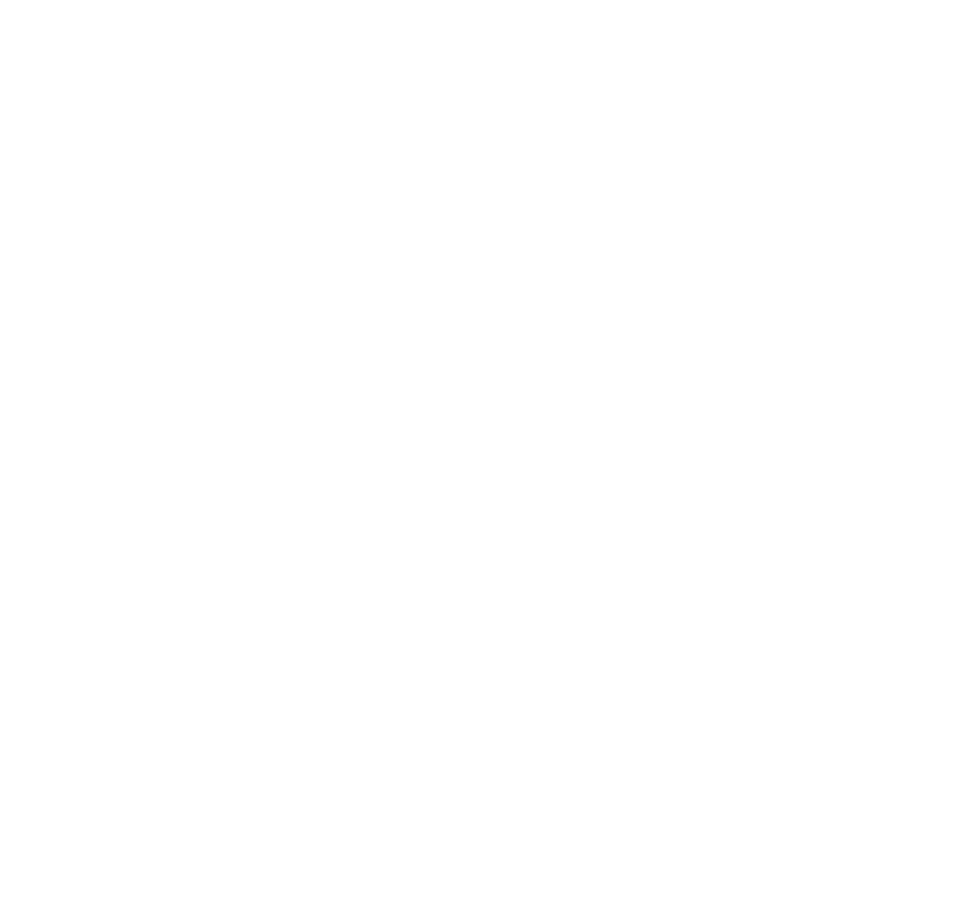
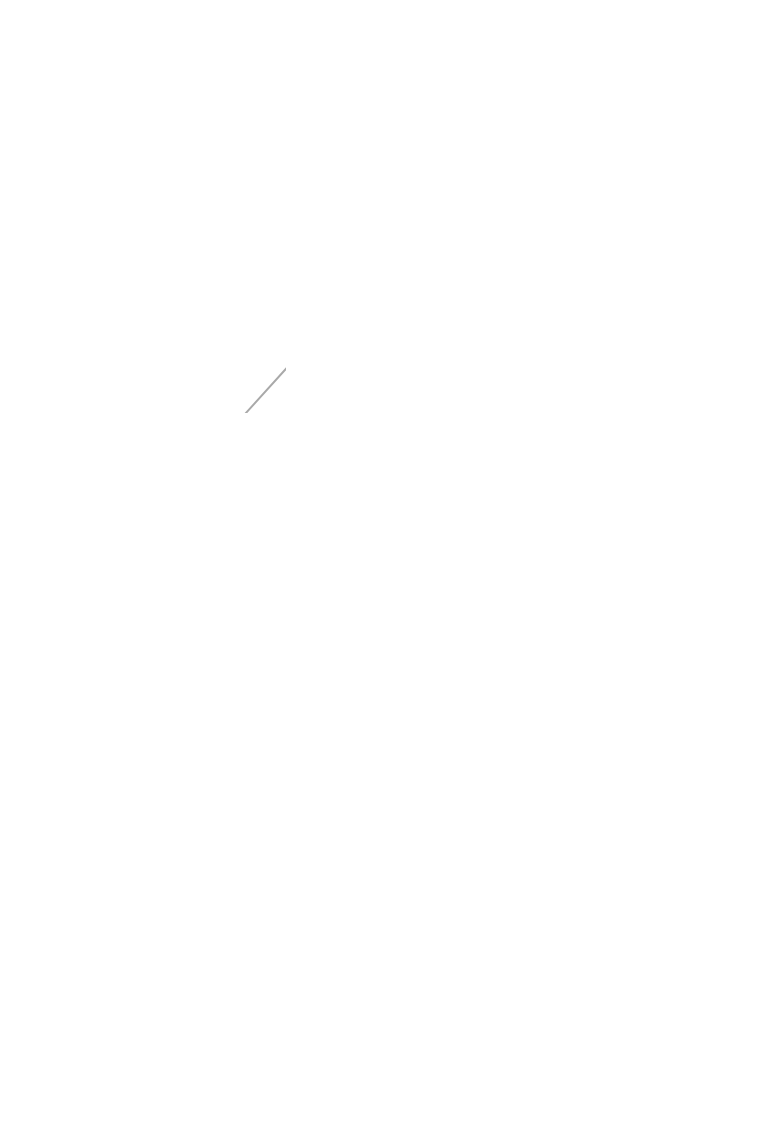
The diagram in data/graph.dot (dodokek/Tree-Structure-Akinator), drawn with Graphviz before and after one commit. The commit also changed 6 other files, not shown here.

```diff
--- a/data/graph.dot
+++ b/data/graph.dot
@@ -1,55 +1,55 @@
 
     digraph g {
         dpi      = 200;
         fontname = "Comic Sans MS";
         fontsize = 20;
         rankdir   =  TB;
         edge [color = darkgrey, arrowhead = onormal, arrowsize = 1, penwidth = 1.2]
         graph[fillcolor = lightgreen, ranksep = 1.3, nodesep = 0.5,
         style = "rounded, filled",color = green, penwidth = 2]
 
-    Node00000229e4ec3940[shape=rectangle, color="red", width=0.2, style="filled",fillcolor="lightblue", label="Animal"] 
+    Node000001f389743940[shape=rectangle, color="red", width=0.2, style="filled",fillcolor="lightblue", label="Animal"] 
  
-Node00000229e4ec29b0[shape=rectangle, color="red", width=0.2, style="filled",fillcolor="lightblue", label="Bebra"] 
+Node000001f389743970[shape=rectangle, color="red", width=0.2, style="filled",fillcolor="lightblue", label="Bebra"] 
  
-Node00000229e4ec3970[shape=rectangle, color="red", width=0.2, style="filled",fillcolor="lightblue", label="TurboLol"] 
+Node000001f389743f80[shape=rectangle, color="red", width=0.2, style="filled",fillcolor="lightblue", label="TurboLol"] 
  
-Node00000229e688b880[shape=rectangle, color="red", width=0.2, style="filled",fillcolor="lightblue", label="koko loko"] 
+Node000001f3898b7c50[shape=rectangle, color="red", width=0.2, style="filled",fillcolor="lightblue", label="Kek"] 
  
-Node00000229e688b850[shape=rectangle, color="red", width=0.2, style="filled",fillcolor="lightblue", label="jaja jojo"] 
+Node000001f3898b7cf0[shape=rectangle, color="red", width=0.2, style="filled",fillcolor="lightblue", label="Cool"] 
  
-Node00000229e4ec3f80[shape=rectangle, color="red", width=0.2, style="filled",fillcolor="lightblue", label="Kek"] 
+Node000001f3898b7d90[shape=rectangle, color="red", width=0.2, style="filled",fillcolor="lightblue", label="AlexVlasenko"] 
  
-Node00000229e3707d20[shape=rectangle, color="red", width=0.2, style="filled",fillcolor="lightblue", label="Cool"] 
+Node000001f3897a55f0[shape=rectangle, color="red", width=0.2, style="filled",fillcolor="lightblue", label="Hehe coo"] 
  
-Node00000229e3707dc0[shape=rectangle, color="red", width=0.2, style="filled",fillcolor="lightblue", label="AlexVlasenko"] 
+Node000001f3897a5380[shape=rectangle, color="red", width=0.2, style="filled",fillcolor="lightblue", label="Hoho oo"] 
  
-Node00000229e3707e60[shape=rectangle, color="red", width=0.2, style="filled",fillcolor="lightblue", label="Amongus"] 
+Node000001f3898b7e30[shape=rectangle, color="red", width=0.2, style="filled",fillcolor="lightblue", label="Amongus"] 
  
-Node00000229e3707f00[shape=rectangle, color="red", width=0.2, style="filled",fillcolor="lightblue", label="suck dick"] 
+Node000001f38c903870[shape=rectangle, color="red", width=0.2, style="filled",fillcolor="lightblue", label="Petushok"] 
  
-Node00000229e3707fa0[shape=rectangle, color="red", width=0.2, style="filled",fillcolor="lightblue", label="kek lol"] 
+Node000001f38c903840[shape=rectangle, color="red", width=0.2, style="filled",fillcolor="lightblue", label="Sashok"] 
  
-Node00000229e3708040[shape=rectangle, color="red", width=0.2, style="filled",fillcolor="lightblue", label="Sus"] 
+Node000001f3898b7ed0[shape=rectangle, color="red", width=0.2, style="filled",fillcolor="lightblue", label="Sus"] 
  
-Node00000229e37080e0[shape=rectangle, color="red", width=0.2, style="filled",fillcolor="lightblue", label="NotBebra"] 
+Node000001f3898b7f70[shape=rectangle, color="red", width=0.2, style="filled",fillcolor="lightblue", label="NotBebra"] 
  
-Node00000229e3708180[shape=rectangle, color="red", width=0.2, style="filled",fillcolor="lightblue", label="Sanya"] 
+Node000001f3898b8010[shape=rectangle, color="red", width=0.2, style="filled",fillcolor="lightblue", label="Sanya"] 
  
-Node00000229e3708220[shape=rectangle, color="red", width=0.2, style="filled",fillcolor="lightblue", label="Vlados"] 
+Node000001f3898b80b0[shape=rectangle, color="red", width=0.2, style="filled",fillcolor="lightblue", label="Vlados"] 
  
-Node00000229e4ec3940->Node00000229e4ec29b0
-Node00000229e4ec29b0->Node00000229e4ec3970
-Node00000229e4ec3970->Node00000229e688b880
-Node00000229e688b880->Node00000229e688b850
-Node00000229e688b880->Node00000229e4ec3f80
-Node00000229e4ec3970->Node00000229e3707d20
-Node00000229e3707d20->Node00000229e3707dc0
-Node00000229e3707d20->Node00000229e3707e60
-Node00000229e4ec29b0->Node00000229e3707f00
-Node00000229e3707f00->Node00000229e3707fa0
-Node00000229e3707f00->Node00000229e3708040
-Node00000229e4ec3940->Node00000229e37080e0
-Node00000229e37080e0->Node00000229e3708180
-Node00000229e37080e0->Node00000229e3708220
+Node000001f389743940->Node000001f389743970
+Node000001f389743970->Node000001f389743f80
+Node000001f389743f80->Node000001f3898b7c50
+Node000001f389743f80->Node000001f3898b7cf0
+Node000001f3898b7cf0->Node000001f3898b7d90
+Node000001f3898b7cf0->Node000001f3897a55f0
+Node000001f3897a55f0->Node000001f3897a5380
+Node000001f3897a55f0->Node000001f3898b7e30
+Node000001f389743970->Node000001f38c903870
+Node000001f38c903870->Node000001f38c903840
+Node000001f38c903870->Node000001f3898b7ed0
+Node000001f389743940->Node000001f3898b7f70
+Node000001f3898b7f70->Node000001f3898b8010
+Node000001f3898b7f70->Node000001f3898b80b0
 }
```
